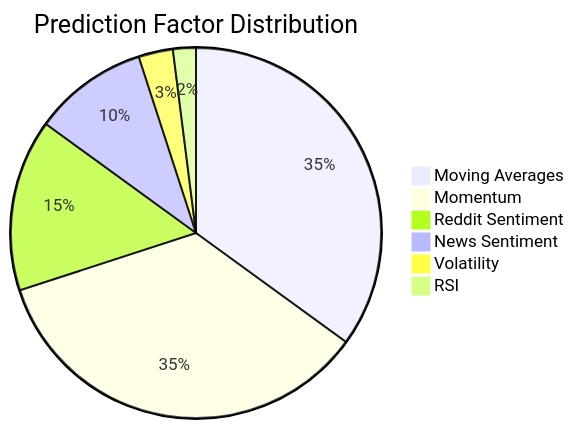
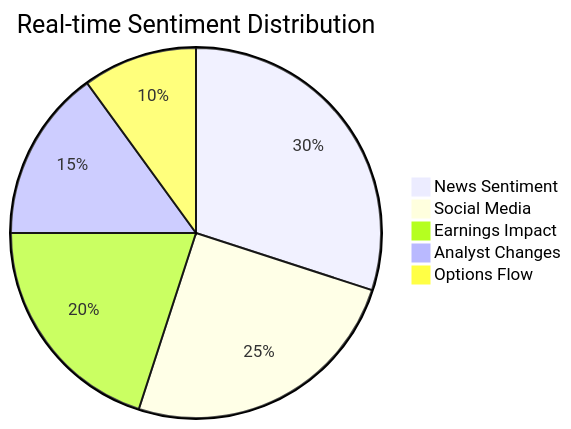
One commit to jeremygonsalves/price-predictor-stocks changed the seventh of 7 diagrams in LSTM-model.md. Above: the diagram before and after it, drawn with Mermaid. The commit also changed other lines of this file and 8 other files, not shown here.

````diff
--- a/LSTM-model.md
+++ b/LSTM-model.md
@@ -368,9 +428,8 @@
 ```mermaid
-pie title Prediction Factor Distribution
-    "Moving Averages" : 35
-    "Momentum" : 35
-    "Reddit Sentiment" : 15
-    "News Sentiment" : 10
-    "Volatility" : 3
-    "RSI" : 2
+pie title Real-time Sentiment Distribution
+    "News Sentiment" : 30
+    "Social Media" : 25
+    "Earnings Impact" : 20
+    "Analyst Changes" : 15
+    "Options Flow" : 10
 ```
````
